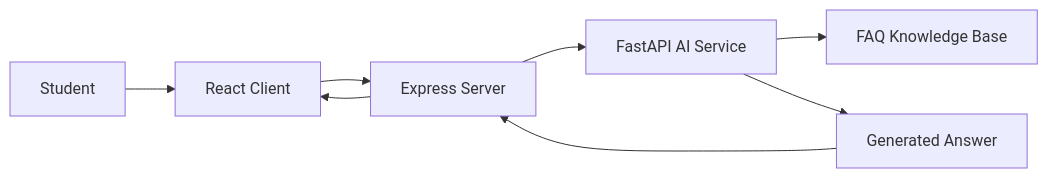
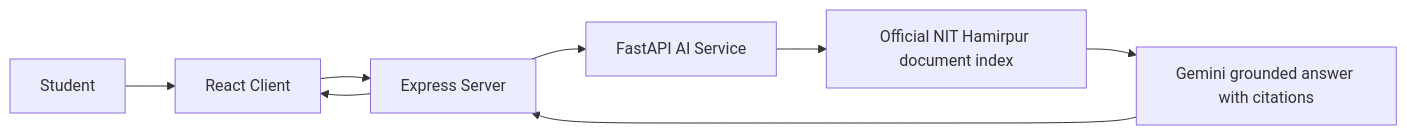
One commit to divyamsingh007/college-faq-chatbot-nlp changed the diagram in docs/ARCHITECTURE.md. Above: the diagram before and after it, drawn with Mermaid. The commit also changed other lines of this file and 22 other files, not shown here.

Commit message:
Use Gemini with official NIT Hamirpur documents

````diff
--- a/docs/ARCHITECTURE.md
+++ b/docs/ARCHITECTURE.md
@@ -10,10 +10,10 @@
 ```mermaid
 flowchart LR
 A[Student] --> B[React Client]
 B --> C[Express Server]
 C --> D[FastAPI AI Service]
-D --> E[FAQ Knowledge Base]
-D --> F[Generated Answer]
+D --> E[Official NIT Hamirpur document index]
+E --> F[Gemini grounded answer with citations]
 F --> C
 C --> B
 ```
````
